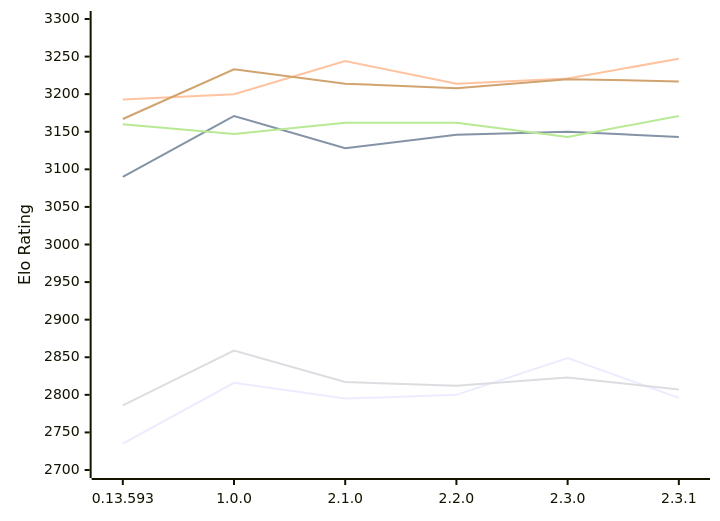
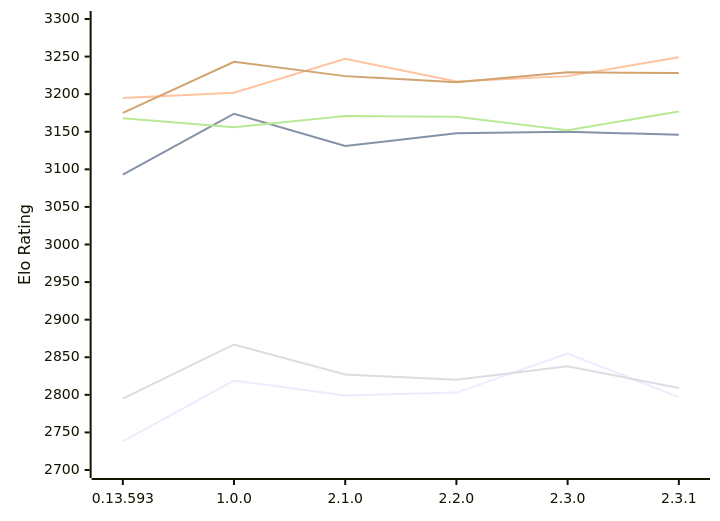
One commit to computer-chess-index/cci changed the diagram in engines/Pawnstar.md. Above: the diagram before and after it, drawn with Mermaid. The commit also changed other lines of this file, not shown here.

Commit message:
Update CCI Ratings (ELO VLTC) - 2026-11-25

````diff
--- a/engines/Pawnstar.md
+++ b/engines/Pawnstar.md
@@ -57,12 +57,12 @@
 ```mermaid
 %%{init: {"theme":"base","themeVariables":{"seriesColors:['#a3a3a3','#222221','#faa371']}}}%%
 xychart-beta
   x-axis ["0.13.593", "1.0.0", "2.1.0", "2.2.0", "2.3.0", "2.3.1"]
   y-axis "Elo Rating" 2700 --> 3300
-  line "E1: STC (8.0+0.08s)" [2735, 2816, 2795, 2800, 2849, 2796]
-  line "E1: LTC (60.0+0.60s)" [3090, 3171, 3128, 3146, 3150, 3143]
-  line "E1: VLTC (2m24s+1.12s)" [3193, 3200, 3244, 3214, 3221, 3247]
-  line "P1: STC (8.0+0.08s)" [2786, 2859, 2817, 2812, 2823, 2807]
-  line "P1: LTC (60.0+0.60s)" [3160, 3147, 3162, 3162, 3143, 3171]
-  line "P1: VLTC (2m24s+1.12s)" [3167, 3233, 3214, 3208, 3220, 3217]
+  line "E1: STC (8.0+0.08s)" [2738, 2819, 2799, 2803, 2855, 2797]
+  line "E1: LTC (60.0+0.60s)" [3093, 3174, 3131, 3148, 3150, 3146]
+  line "E1: VLTC (2m24s+1.12s)" [3195, 3202, 3247, 3217, 3224, 3249]
+  line "P1: STC (8.0+0.08s)" [2795, 2867, 2827, 2820, 2838, 2809]
+  line "P1: LTC (60.0+0.60s)" [3168, 3156, 3171, 3170, 3152, 3177]
+  line "P1: VLTC (2m24s+1.12s)" [3175, 3243, 3224, 3216, 3229, 3228]
 ```
````
